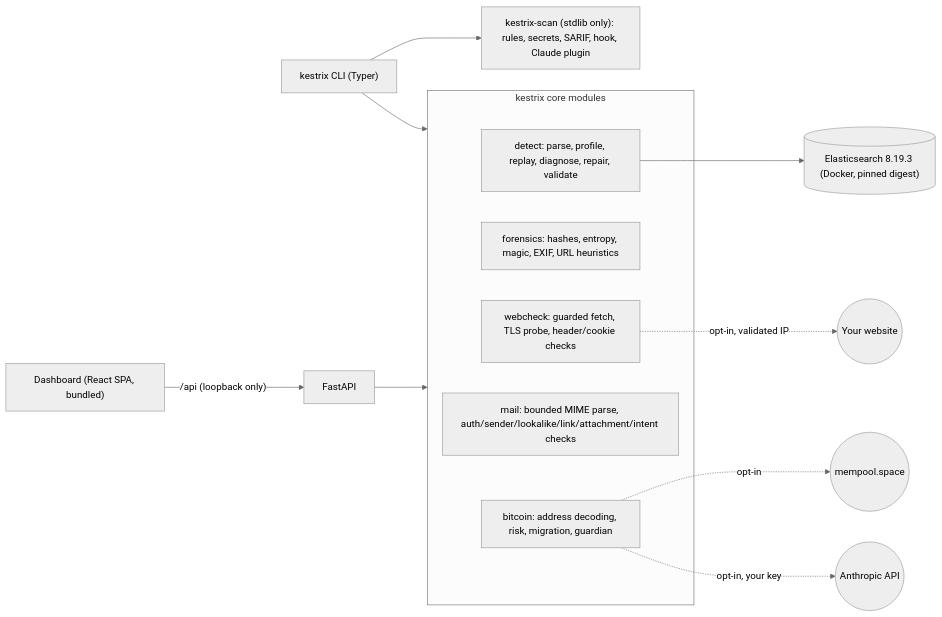
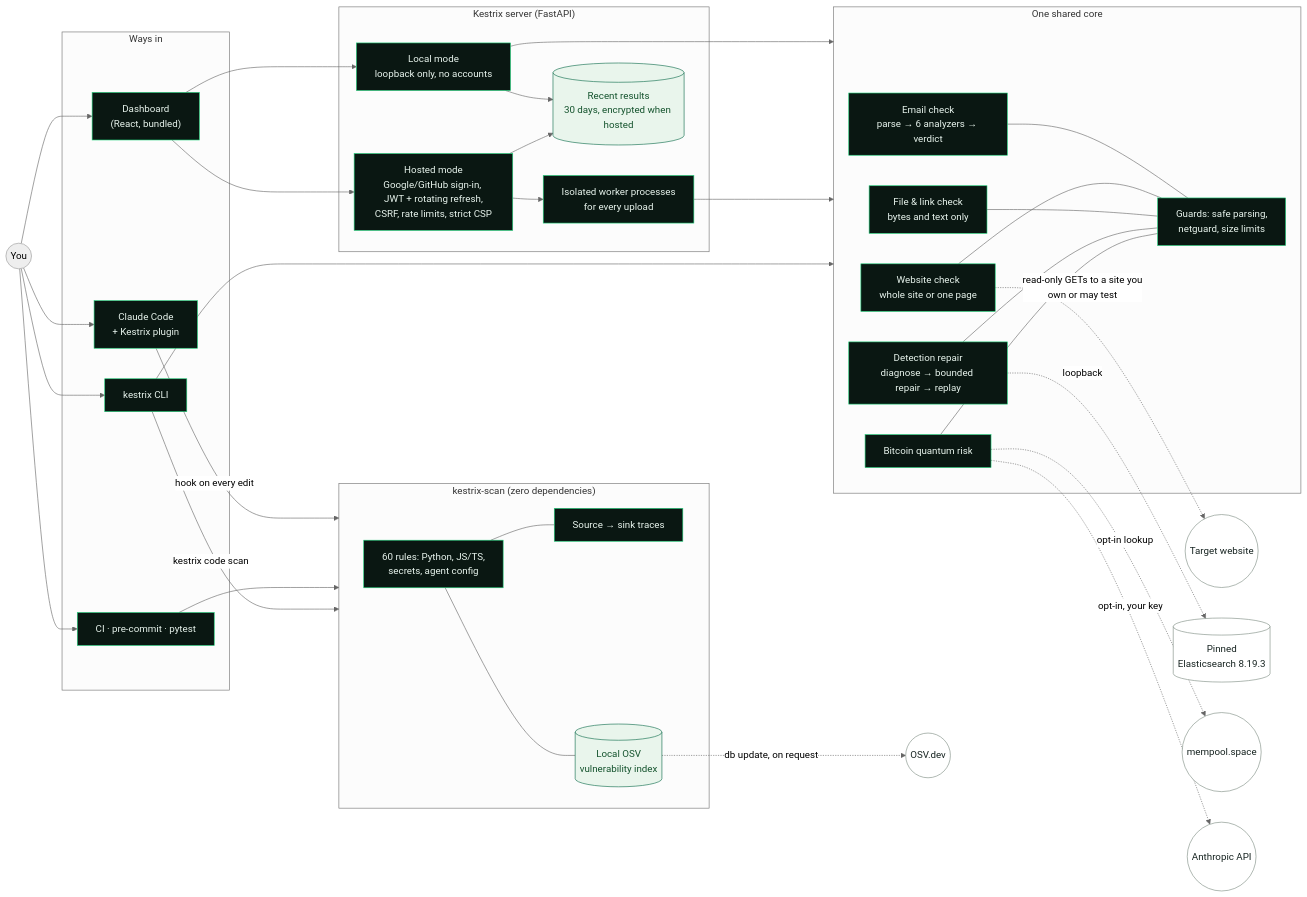
Before and after one commit to Ruthvik-Bandari/kestrix: the diagram in README.md, drawn with Mermaid (neutral theme). The commit also changed other lines of this file and 1 other file, not shown here.

Commit message:
README: an original architecture diagram with trust boundaries; keep the design reference image out of the repo
The diagram shows every way in (CLI, dashboard, Claude Code, CI), local vs hosted
server, the shared core, kestrix-scan and every connection that leaves your machine
(dashed, opt-in), plus a table of what crosses each boundary.

````diff
--- a/README.md
+++ b/README.md
@@ -375,18 +378,59 @@
 ```mermaid
 flowchart LR
-  CLI["kestrix CLI (Typer)"] --> Core
-  CLI --> Scan["kestrix-scan (stdlib only): rules, secrets, SARIF, hook, Claude plugin"]
-  UI["Dashboard (React SPA, bundled)"] -->|"/api (loopback only)"| API["FastAPI"]
-  API --> Core
-  subgraph Core["kestrix core modules"]
-    D["detect: parse, profile, replay, diagnose, repair, validate"]
-    F["forensics: hashes, entropy, magic, EXIF, URL heuristics"]
-    W["webcheck: guarded fetch, TLS probe, header/cookie checks"]
-    M["mail: bounded MIME parse, auth/sender/lookalike/link/attachment/intent checks"]
-    B["bitcoin: address decoding, risk, migration, guardian"]
+  you(("You"))
+
+  subgraph entry["Ways in"]
+    cli["kestrix CLI"]
+    ui["Dashboard<br/>(React, bundled)"]
+    cc["Claude Code<br/>+ Kestrix plugin"]
+    ci["CI · pre-commit · pytest"]
   end
-  D --> ES[("Elasticsearch 8.19.3 (Docker, pinned digest)")]
-  W -.->|"opt-in, validated IP"| Internet((Your website))
-  B -.->|"opt-in"| Mempool((mempool.space))
-  B -.->|"opt-in, your key"| Claude((Anthropic API))
+
+  subgraph server["Kestrix server (FastAPI)"]
+    local["Local mode<br/>loopback only, no accounts"]
+    hosted["Hosted mode<br/>Google/GitHub sign-in, JWT + rotating refresh,<br/>CSRF, rate limits, strict CSP"]
+    iso["Isolated worker processes<br/>for every upload"]
+    hist[("Recent results<br/>30 days, encrypted when hosted")]
+  end
+
+  subgraph core["One shared core"]
+    mail["Email check<br/>parse → 6 analyzers → verdict"]
+    web["Website check<br/>whole site or one page"]
+    foren["File & link check<br/>bytes and text only"]
+    det["Detection repair<br/>diagnose → bounded repair → replay"]
+    btc["Bitcoin quantum risk"]
+    guard["Guards: safe parsing,<br/>netguard, size limits"]
+  end
+
+  subgraph scanner["kestrix-scan (zero dependencies)"]
+    rules["60 rules: Python, JS/TS,<br/>secrets, agent config"]
+    taint["Source → sink traces"]
+    osv[("Local OSV<br/>vulnerability index")]
+  end
+
+  you --> cli & ui & cc & ci
+  ui --> local & hosted
+  hosted --> iso
+  local & iso --> core
+  cli --> core
+  local & hosted --> hist
+  cc -->|"hook on every edit"| scanner
+  ci --> scanner
+  cli -->|"kestrix code scan"| scanner
+  rules --- taint
+  rules --- osv
+  mail & web & foren & det & btc --- guard
+
+  web -.->|"read-only GETs to a site you<br/>own or may test"| site((Target website))
+  det -.->|"loopback"| es[("Pinned<br/>Elasticsearch 8.19.3")]
+  btc -.->|"opt-in lookup"| mempool((mempool.space))
+  btc -.->|"opt-in, your key"| anthropic((Anthropic API))
+  osv -.->|"db update, on request"| osvnet((OSV.dev))
+
+  classDef zone fill:#0a1712,stroke:#1fd17a,color:#e9f5ee
+  classDef ext fill:#ffffff,stroke:#7d8d82,color:#162320
+  classDef store fill:#e9f5ec,stroke:#0c6b4b,color:#14532d
+  class cli,ui,cc,ci,local,hosted,iso,mail,web,foren,det,btc,guard,rules,taint zone
+  class site,es,mempool,anthropic,osvnet ext
+  class hist,osv store
 ```
````
